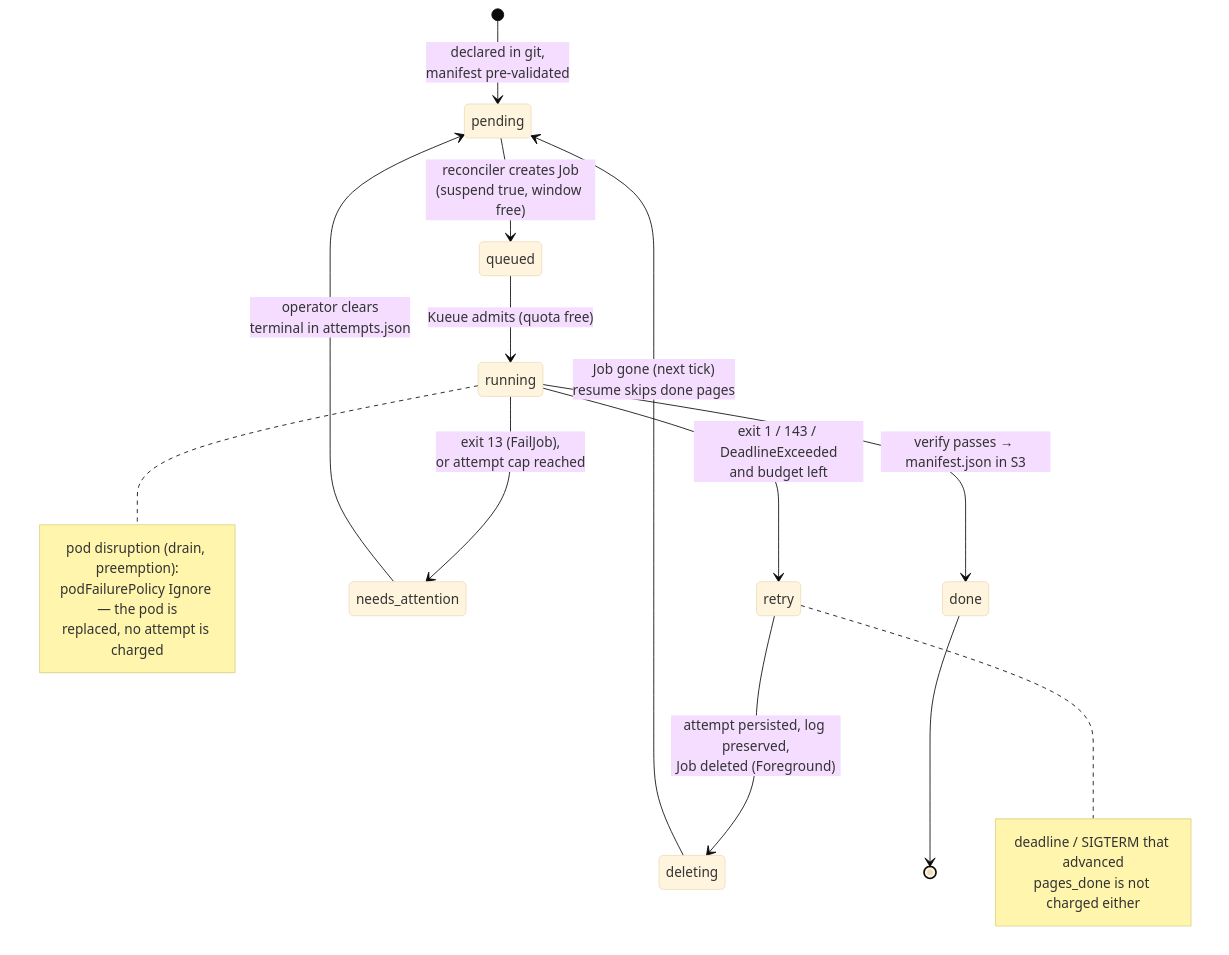
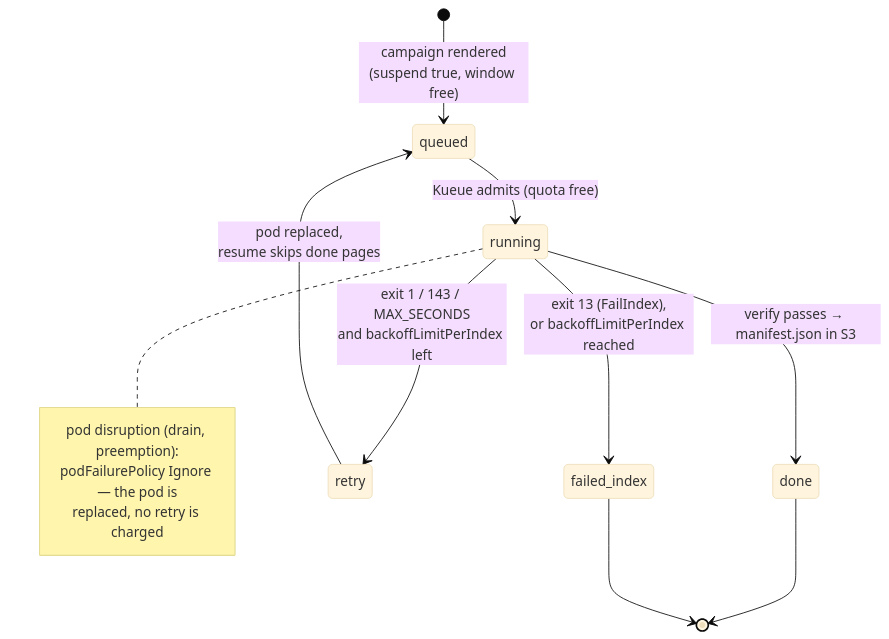
Before and after one commit to AI-Riksarkivet/htrflow-batch: the diagram in docs/how-it-works/failure-handling.md, drawn with Mermaid (base theme). The commit also changed other lines of this file and 37 other files, not shown here.

````diff
--- a/docs/how-it-works/failure-handling.md
+++ b/docs/how-it-works/failure-handling.md
@@ -10,22 +10,16 @@
 ```mermaid
 stateDiagram-v2
-    [*] --> pending: declared in git,<br/>manifest pre-validated
-    pending --> queued: reconciler creates Job<br/>(suspend true, window free)
+    [*] --> queued: campaign rendered<br/>(suspend true, window free)
     queued --> running: Kueue admits (quota free)
     running --> done: verify passes → manifest.json in S3
-    running --> retry: exit 1 / 143 / DeadlineExceeded<br/>and budget left
-    running --> needs_attention: exit 13 (FailJob),<br/>or attempt cap reached
-    retry --> deleting: attempt persisted, log preserved,<br/>Job deleted (Foreground)
-    deleting --> pending: Job gone (next tick)<br/>resume skips done pages
-    needs_attention --> pending: operator clears<br/>terminal in attempts.json
+    running --> retry: exit 1 / 143 / MAX_SECONDS<br/>and backoffLimitPerIndex left
+    running --> failed_index: exit 13 (FailIndex),<br/>or backoffLimitPerIndex reached
+    retry --> queued: pod replaced,<br/>resume skips done pages
     done --> [*]
+    failed_index --> [*]
     note right of running
         pod disruption (drain, preemption):
         podFailurePolicy Ignore — the pod is
-        replaced, no attempt is charged
-    end note
-    note right of retry
-        deadline / SIGTERM that advanced
-        pages_done is not charged either
+        replaced, no retry is charged
     end note
 ```
````
